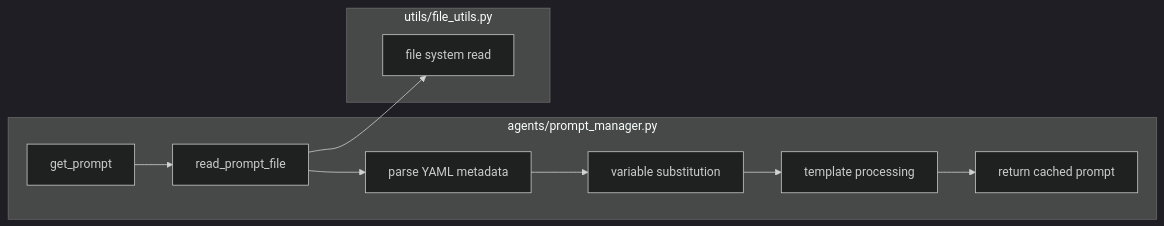
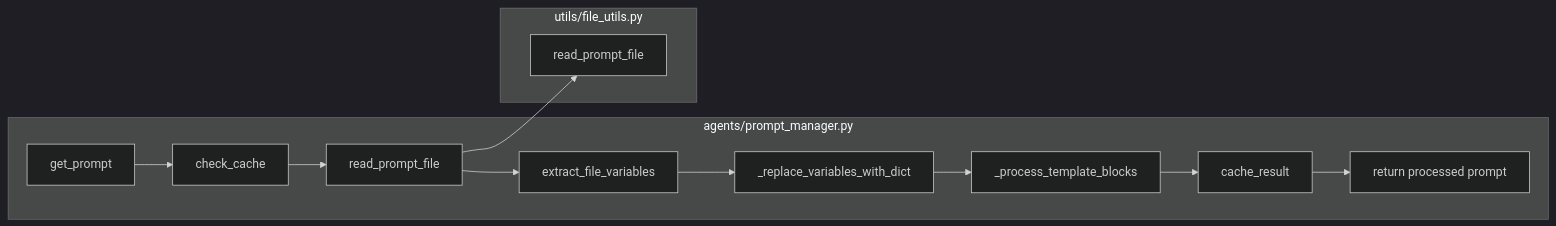
One commit to MokonaSato/line-multi-agent-sample changed the fourth of 6 diagrams in docs/function_call_flow.md. Above: the diagram before and after it, drawn with Mermaid (dark theme). The commit also changed other lines of this file and 18 other files, not shown here.

````diff
--- a/docs/function_call_flow.md
+++ b/docs/function_call_flow.md
@@ -183,14 +203,16 @@
 ```mermaid
 flowchart LR
     subgraph "agents/prompt_manager.py"
-        A[get_prompt] --> B[read_prompt_file]
-        B --> C[parse YAML metadata]
-        C --> D[variable substitution]
-        D --> E[template processing]
-        E --> F[return cached prompt]
+        A[get_prompt] --> B[check_cache]
+        B --> C[read_prompt_file]
+        C --> D[extract_file_variables]
+        D --> E[_replace_variables_with_dict]
+        E --> F[_process_template_blocks]
+        F --> G[cache_result]
+        G --> H[return processed prompt]
     end
     
     subgraph "utils/file_utils.py"
-        B --> G[file system read]
+        C --> I[read_prompt_file]
     end
 ```
````
